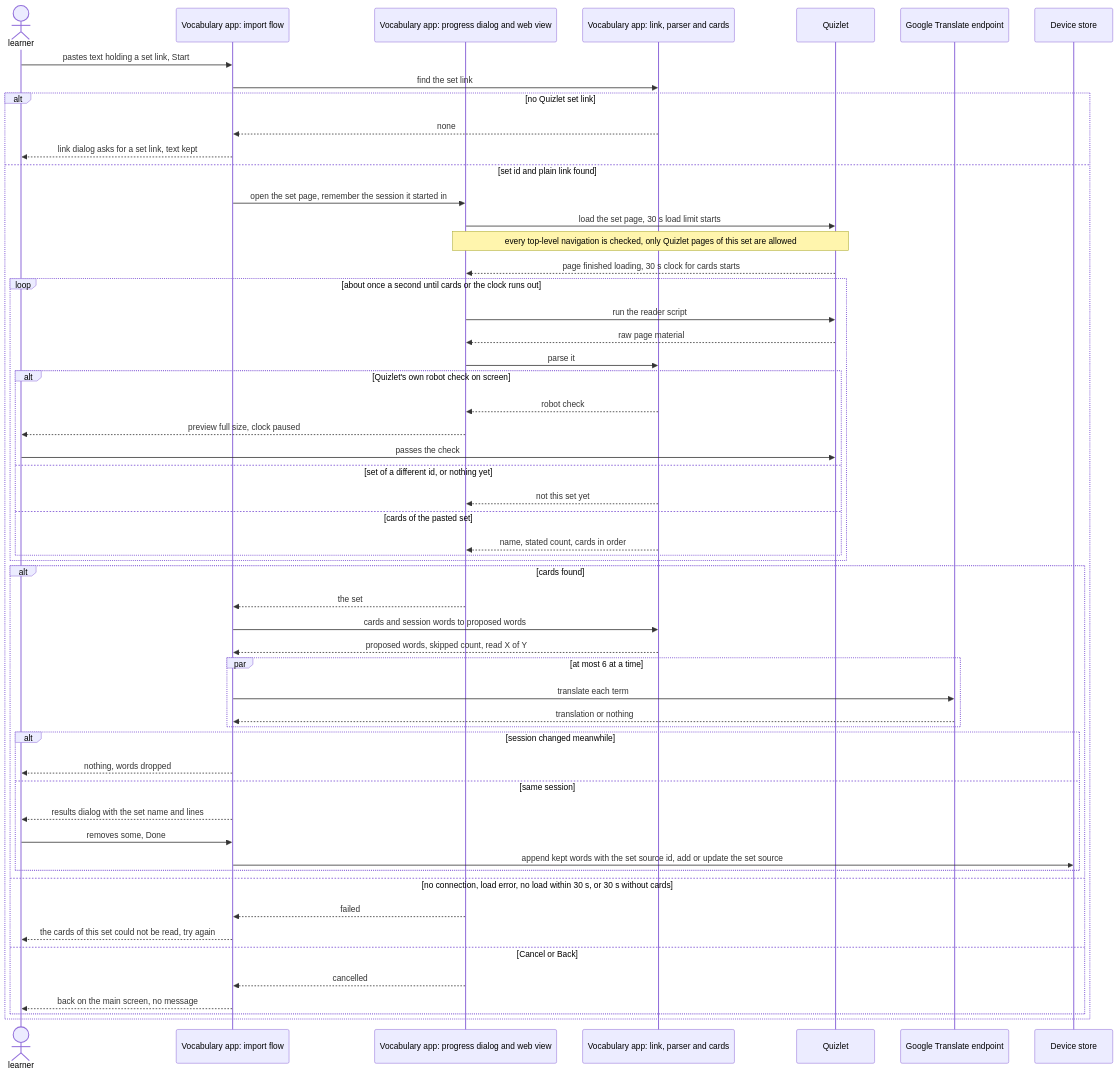
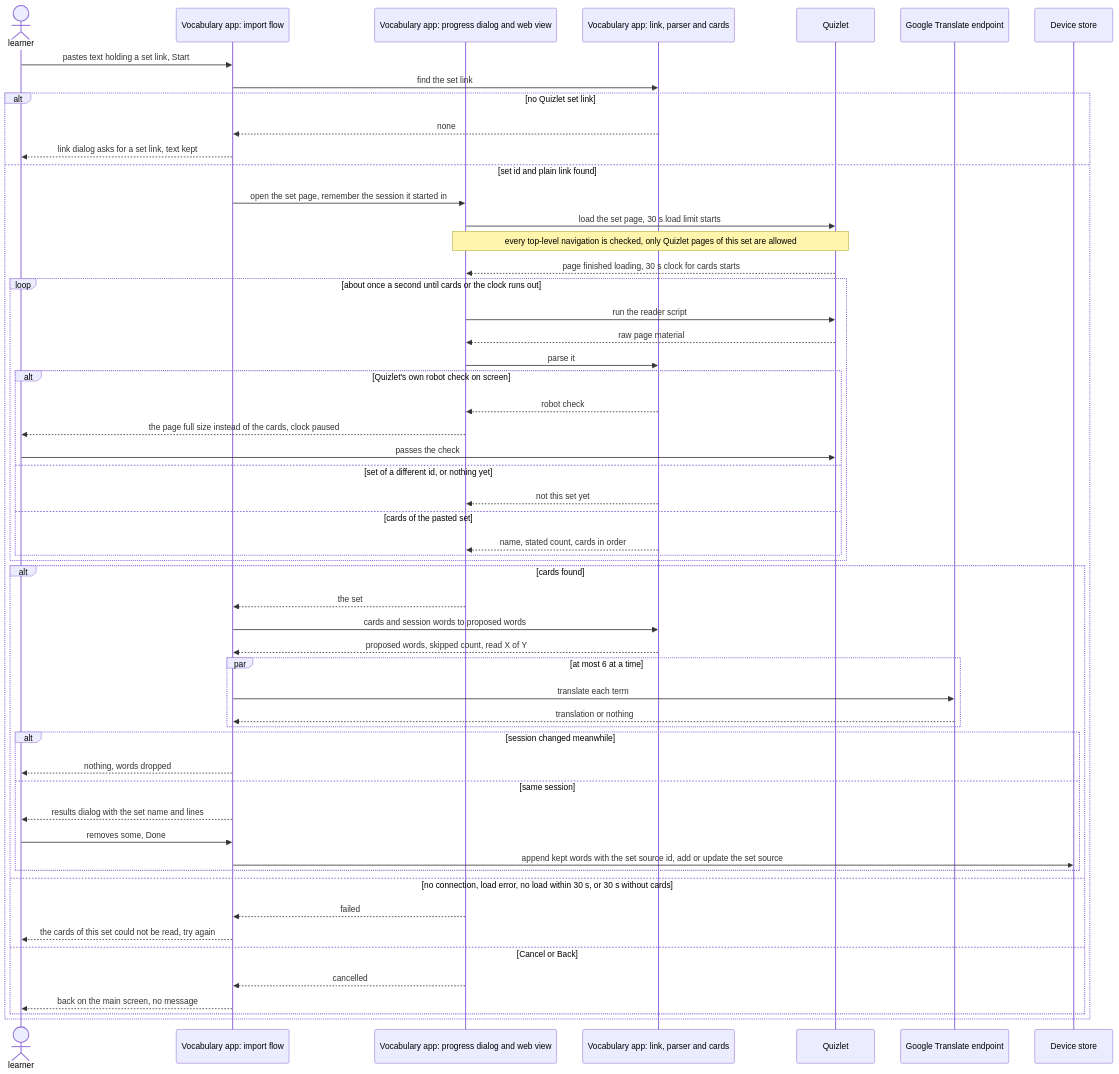
One commit to mlevytskiy/flutter_vocabulary_app changed the third of 10 diagrams in docs/features/import-from-quizlet/sad.md. Above: the diagram before and after it, drawn with Mermaid. The commit also changed other lines of this file and 41 other files, not shown here.

````diff
--- a/docs/features/import-from-quizlet/sad.md
+++ b/docs/features/import-from-quizlet/sad.md
@@ -218,57 +225,57 @@
 ```mermaid
 sequenceDiagram
     actor Learner as learner
     participant Flow as Vocabulary app: import flow
     participant Progress as Vocabulary app: progress dialog and web view
     participant Parser as Vocabulary app: link, parser and cards
     participant Quizlet as Quizlet
     participant GT as Google Translate endpoint
     participant Device as Device store
     Learner->>Flow: pastes text holding a set link, Start
     Flow->>Parser: find the set link
     alt no Quizlet set link
         Parser-->>Flow: none
         Flow-->>Learner: link dialog asks for a set link, text kept
     else set id and plain link found
         Flow->>Progress: open the set page, remember the session it started in
         Progress->>Quizlet: load the set page, 30 s load limit starts
         Note over Progress,Quizlet: every top-level navigation is checked, only Quizlet pages of this set are allowed
         Quizlet-->>Progress: page finished loading, 30 s clock for cards starts
         loop about once a second until cards or the clock runs out
             Progress->>Quizlet: run the reader script
             Quizlet-->>Progress: raw page material
             Progress->>Parser: parse it
             alt Quizlet's own robot check on screen
                 Parser-->>Progress: robot check
-                Progress-->>Learner: preview full size, clock paused
+                Progress-->>Learner: the page full size instead of the cards, clock paused
                 Learner->>Quizlet: passes the check
             else set of a different id, or nothing yet
                 Parser-->>Progress: not this set yet
             else cards of the pasted set
                 Parser-->>Progress: name, stated count, cards in order
             end
         end
         alt cards found
             Progress-->>Flow: the set
             Flow->>Parser: cards and session words to proposed words
             Parser-->>Flow: proposed words, skipped count, read X of Y
             par at most 6 at a time
                 Flow->>GT: translate each term
                 GT-->>Flow: translation or nothing
             end
             alt session changed meanwhile
                 Flow-->>Learner: nothing, words dropped
             else same session
                 Flow-->>Learner: results dialog with the set name and lines
                 Learner->>Flow: removes some, Done
                 Flow->>Device: append kept words with the set source id, add or update the set source
             end
         else no connection, load error, no load within 30 s, or 30 s without cards
             Progress-->>Flow: failed
             Flow-->>Learner: the cards of this set could not be read, try again
         else Cancel or Back
             Progress-->>Flow: cancelled
             Flow-->>Learner: back on the main screen, no message
         end
     end
 ```
````
